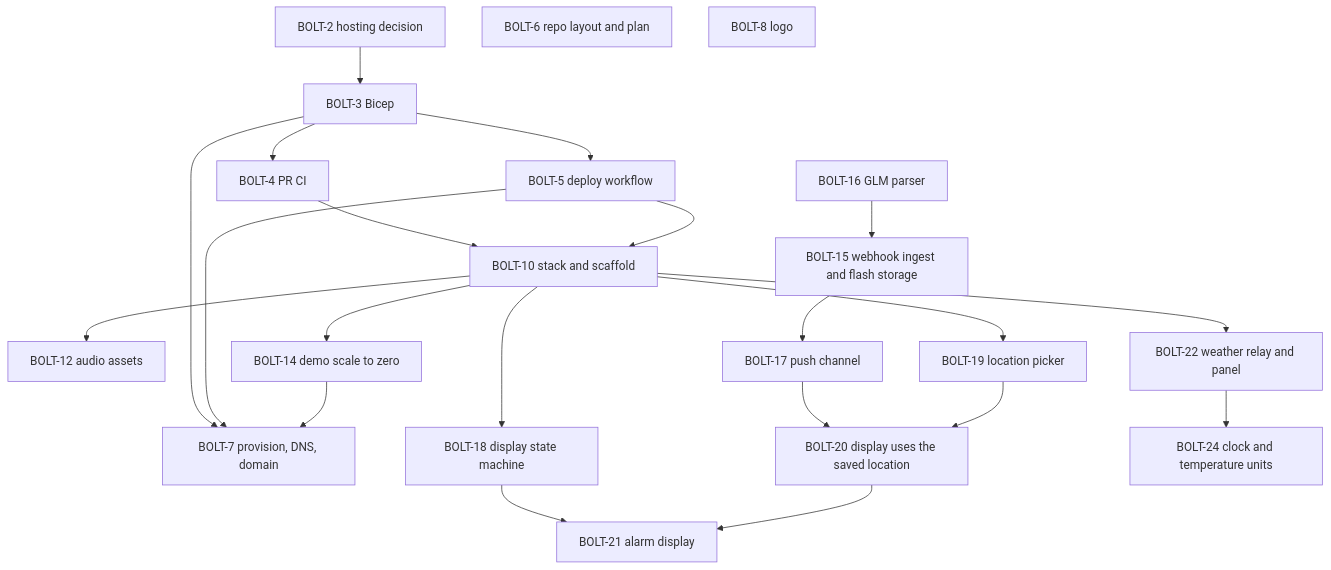
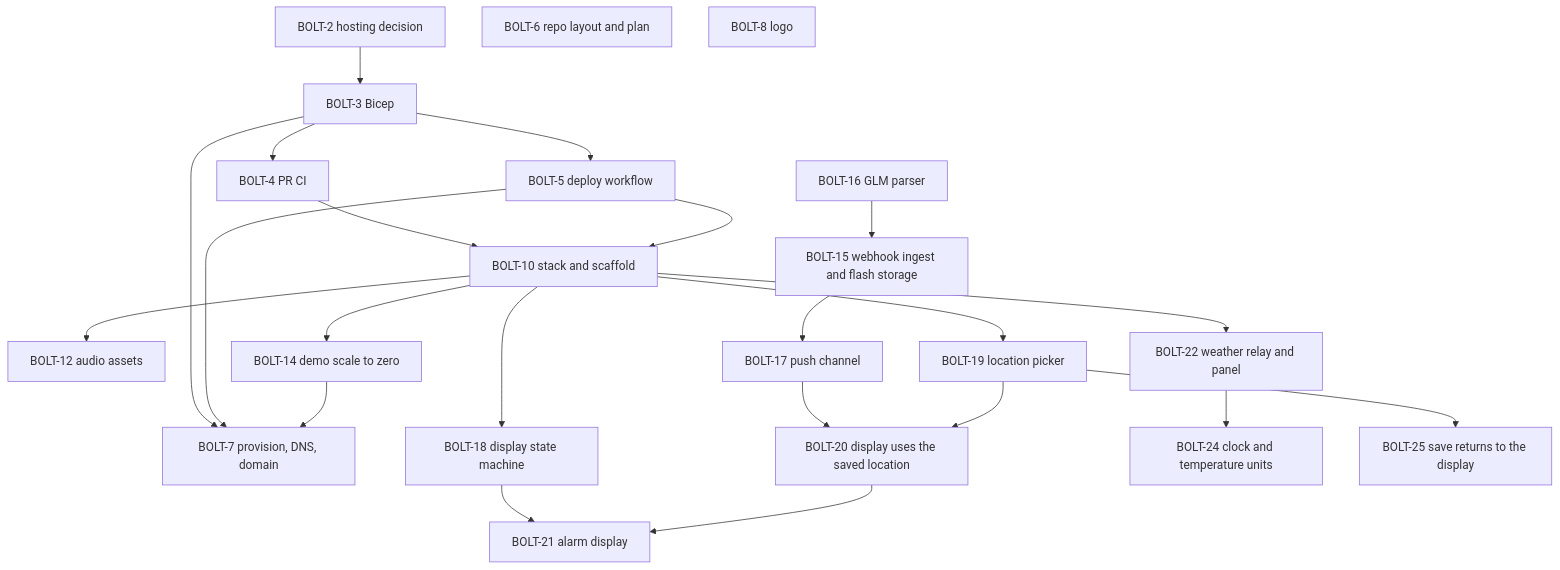
The diagram in docs/plan.md (henrique-meyer/boltclock), drawn with Mermaid before and after one commit. The commit also changed other lines of this file and 2 other files, not shown here.

First line of the commit message:
BOLT-25 Save location goes straight back to the display

````diff
--- a/docs/plan.md
+++ b/docs/plan.md
@@ -15,43 +15,45 @@
 ```mermaid
 flowchart TD
   s2[BOLT-2 hosting decision]
   s3[BOLT-3 Bicep]
   s4[BOLT-4 PR CI]
   s5[BOLT-5 deploy workflow]
   s6[BOLT-6 repo layout and plan]
   s7[BOLT-7 provision, DNS, domain]
   s8[BOLT-8 logo]
   s10[BOLT-10 stack and scaffold]
   s12[BOLT-12 audio assets]
   s14[BOLT-14 demo scale to zero]
   s15[BOLT-15 webhook ingest and flash storage]
   s16[BOLT-16 GLM parser]
   s17[BOLT-17 push channel]
   s18[BOLT-18 display state machine]
   s19[BOLT-19 location picker]
   s20[BOLT-20 display uses the saved location]
   s21[BOLT-21 alarm display]
   s22[BOLT-22 weather relay and panel]
   s24[BOLT-24 clock and temperature units]
+  s25[BOLT-25 save returns to the display]
   s2 --> s3
   s4 --> s10
   s5 --> s10
   s3 --> s4
   s3 --> s5
   s3 --> s7
   s5 --> s7
   s10 --> s12
   s10 --> s14
   s14 --> s7
   s16 --> s15
   s15 --> s17
   s10 --> s18
   s10 --> s19
   s17 --> s20
   s19 --> s20
 
   s18 --> s21
   s20 --> s21
   s10 --> s22
   s22 --> s24
+  s19 --> s25
 ```
````
